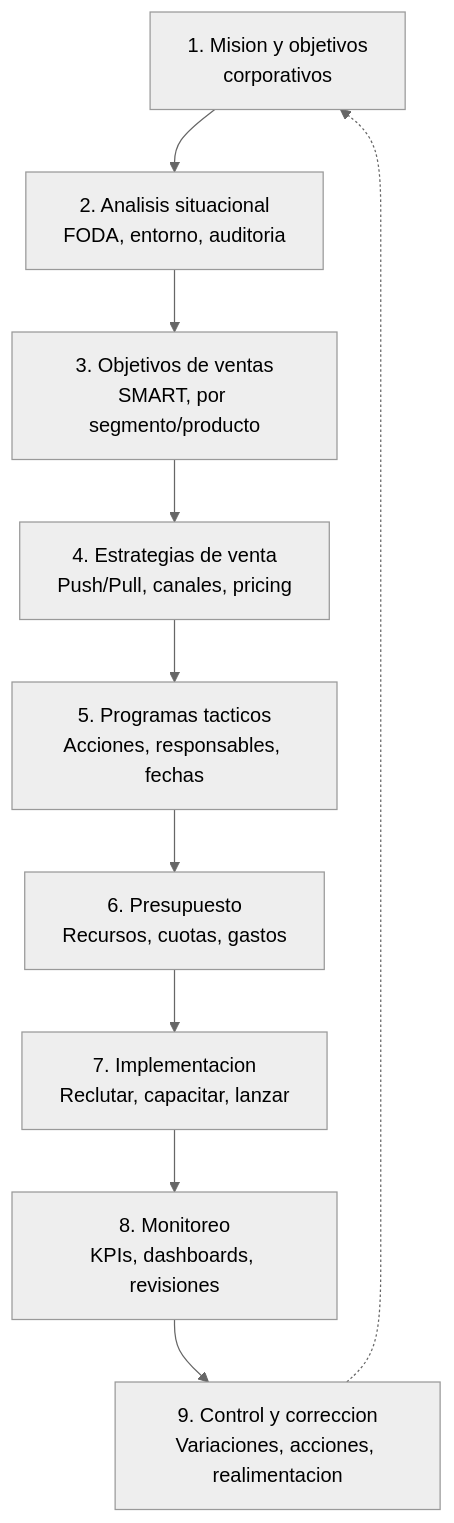
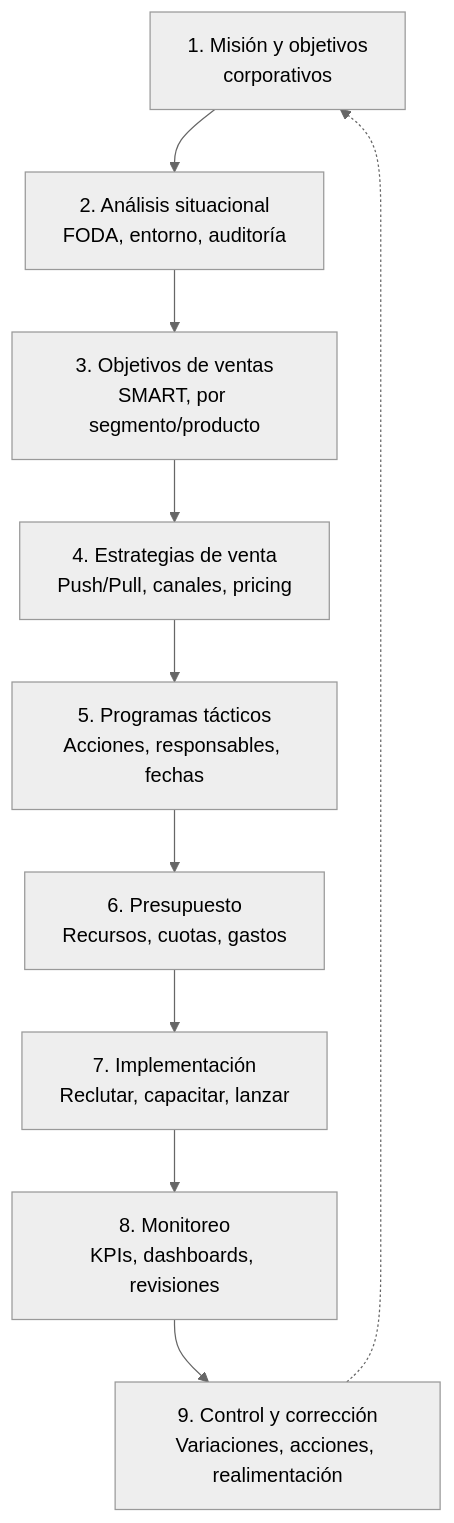
Before and after one commit to Mateo-404/AGI: the first of 3 diagrams in contenido/gestion-ventas/lecciones/l4-1.md, drawn with Mermaid (neutral theme). The commit also changed other lines of this file and 51 other files, not shown here.

First line of the commit message:
gestion-ventas: fix mermaid diagrams, referencias format, and interactive blocks

````diff
--- a/contenido/gestion-ventas/lecciones/l4-1.md
+++ b/contenido/gestion-ventas/lecciones/l4-1.md
@@ -22,12 +22,12 @@
-```mermaid 9 etapas de la planeacion de ventas
+```mermaid 9 etapas de la planeación de ventas
 flowchart TD
-  E1[1. Mision y objetivos<br/>corporativos] --> E2[2. Analisis situacional<br/>FODA, entorno, auditoria]
+  E1[1. Misión y objetivos<br/>corporativos] --> E2[2. Análisis situacional<br/>FODA, entorno, auditoría]
   E2 --> E3[3. Objetivos de ventas<br/>SMART, por segmento/producto]
   E3 --> E4[4. Estrategias de venta<br/>Push/Pull, canales, pricing]
-  E4 --> E5[5. Programas tacticos<br/>Acciones, responsables, fechas]
+  E4 --> E5[5. Programas tácticos<br/>Acciones, responsables, fechas]
   E5 --> E6[6. Presupuesto<br/>Recursos, cuotas, gastos]
-  E6 --> E7[7. Implementacion<br/>Reclutar, capacitar, lanzar]
+  E6 --> E7[7. Implementación<br/>Reclutar, capacitar, lanzar]
   E7 --> E8[8. Monitoreo<br/>KPIs, dashboards, revisiones]
-  E8 --> E9[9. Control y correccion<br/>Variaciones, acciones, realimentacion]
+  E8 --> E9[9. Control y corrección<br/>Variaciones, acciones, realimentación]
   E9 -.-> E1
 ```
````
